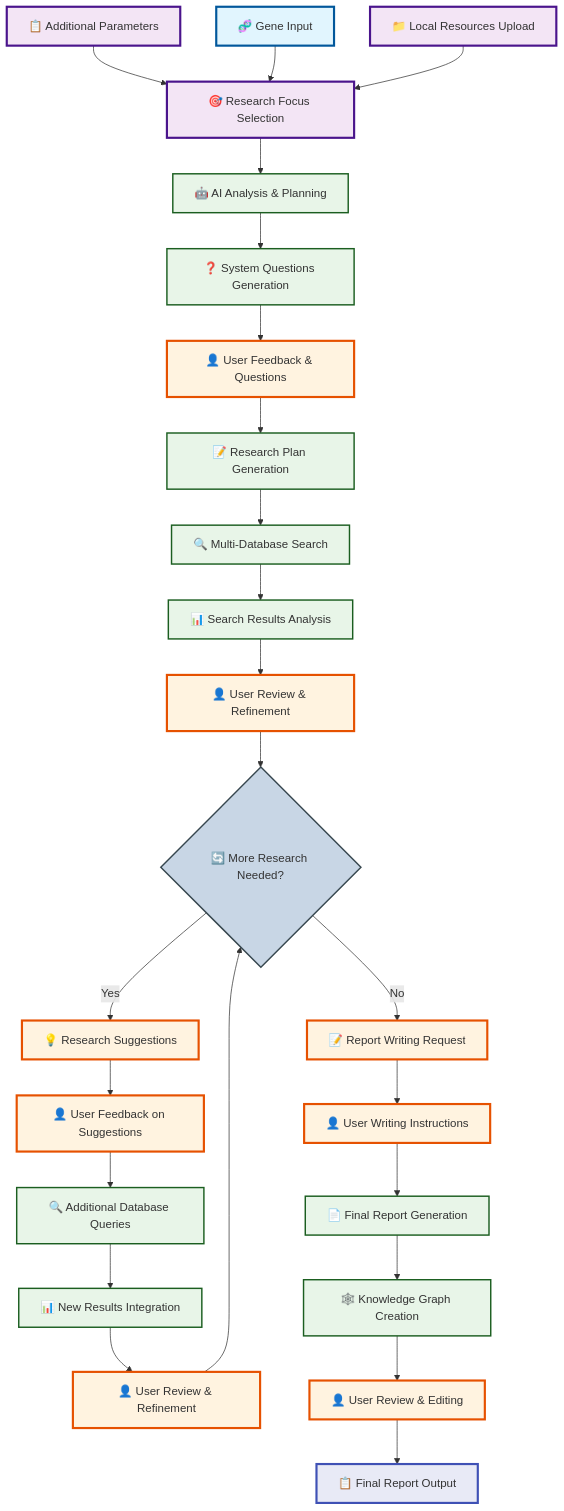
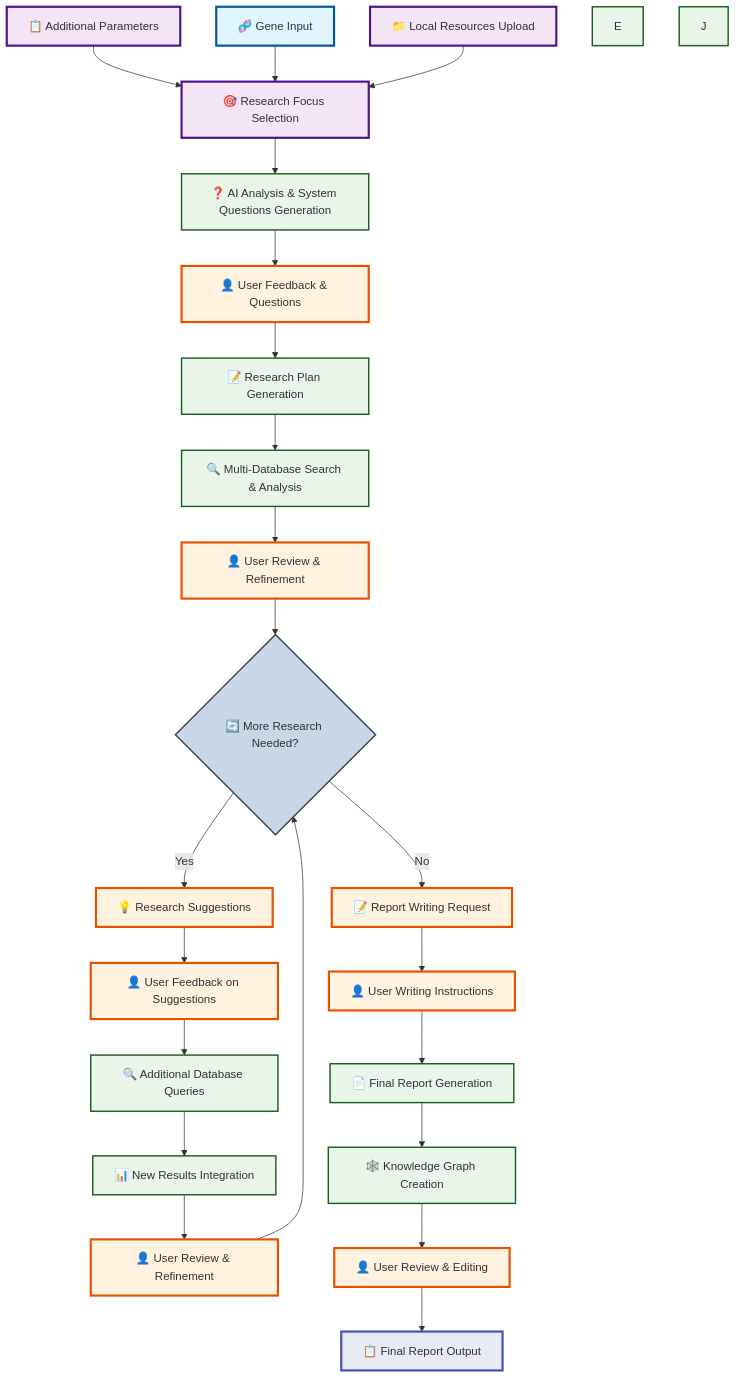
Before and after one commit to Scilence2022/DeepGeneResearch: the diagram in README.md, drawn with Mermaid.

````diff
--- a/README.md
+++ b/README.md
@@ -217,64 +217,62 @@
 ```mermaid
 flowchart TB
     %% User Input Phase
     C[📋 Additional Parameters] --> B
     A[🧬 Gene Input] --> B[🎯 Research Focus Selection]
     D[📁 Local Resources Upload] --> B
     
     %% AI Analysis Phase
-    B --> E[🤖 AI Analysis & Planning]
-    E --> F[❓ System Questions Generation]
+    B --> F[❓ AI Analysis & System Questions Generation]
     F --> G[👤 User Feedback & Questions]
     G --> H[📝 Research Plan Generation]
     
     %% Search Phase
-    H --> I[🔍 Multi-Database Search]
-    I --> J[📊 Search Results Analysis]
-    J --> K[👤 User Review & Refinement]
+    H --> I[🔍 Multi-Database Search & Analysis]
+    I --> K[👤 User Review & Refinement]
     K --> L{🔄 More Research Needed?}
     
     %% Iteration Loop
     L -->|Yes| M[💡 Research Suggestions]
     M --> N[👤 User Feedback on Suggestions]
     N --> O[🔍 Additional Database Queries]
     O --> P[📊 New Results Integration]
     P --> Q[👤 User Review & Refinement]
     Q --> L
     
     %% Final Phase
     L -->|No| R[📝 Report Writing Request]
     R --> S[👤 User Writing Instructions]
     S --> T[📄 Final Report Generation]
     T --> U[🕸️ Knowledge Graph Creation]
     U --> V[👤 User Review & Editing]
     V --> W[📋 Final Report Output]
     
     %% User Interaction Styling
     style A fill:#e1f5fe,stroke:#01579b,stroke-width:3px
     style B fill:#f3e5f5,stroke:#4a148c,stroke-width:3px
     style C fill:#f3e5f5,stroke:#4a148c,stroke-width:3px
     style D fill:#f3e5f5,stroke:#4a148c,stroke-width:3px
     style G fill:#fff3e0,stroke:#e65100,stroke-width:3px
     style K fill:#fff3e0,stroke:#e65100,stroke-width:3px
     style M fill:#fff3e0,stroke:#e65100,stroke-width:3px
     style N fill:#fff3e0,stroke:#e65100,stroke-width:3px
     style Q fill:#fff3e0,stroke:#e65100,stroke-width:3px
     style R fill:#fff3e0,stroke:#e65100,stroke-width:3px
     style S fill:#fff3e0,stroke:#e65100,stroke-width:3px
     style V fill:#fff3e0,stroke:#e65100,stroke-width:3px
     
     %% AI Processing Styling
     style E fill:#e8f5e8,stroke:#1b5e20,stroke-width:2px
     style F fill:#e8f5e8,stroke:#1b5e20,stroke-width:2px
     style H fill:#e8f5e8,stroke:#1b5e20,stroke-width:2px
     style I fill:#e8f5e8,stroke:#1b5e20,stroke-width:2px
     style J fill:#e8f5e8,stroke:#1b5e20,stroke-width:2px
     style O fill:#e8f5e8,stroke:#1b5e20,stroke-width:2px
     style P fill:#e8f5e8,stroke:#1b5e20,stroke-width:2px
     style T fill:#e8f5e8,stroke:#1b5e20,stroke-width:2px
     style U fill:#e8f5e8,stroke:#1b5e20,stroke-width:2px
     
     %% Decision and Output Styling
     style L fill:#c8d6e5,stroke:#37474f,stroke-width:2px
     style W fill:#e8eaf6,stroke:#3f51b5,stroke-width:3px
 ```
````
